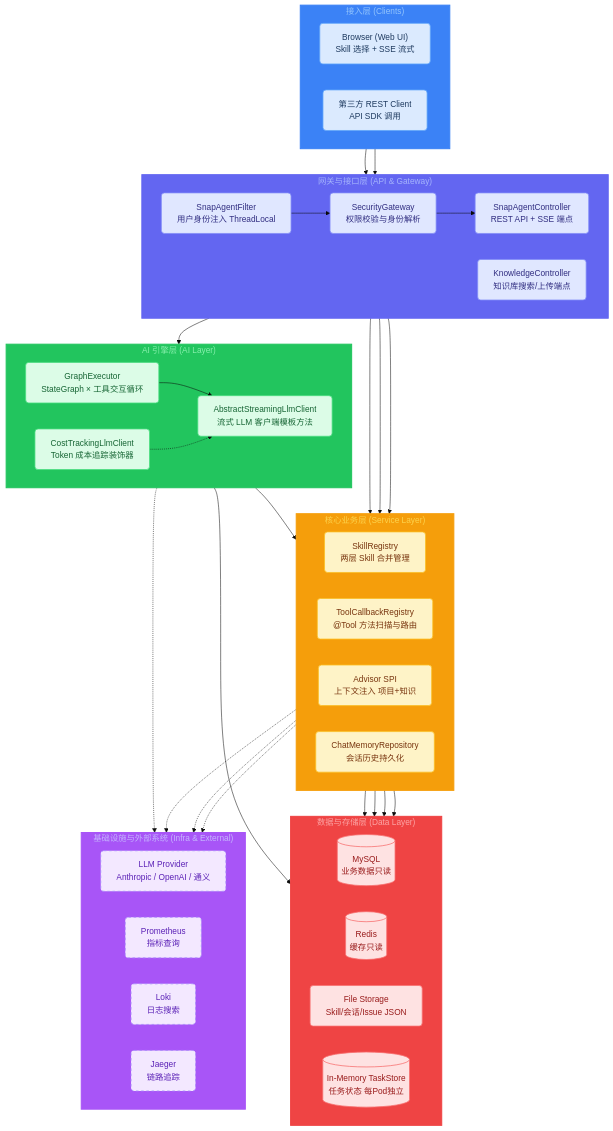
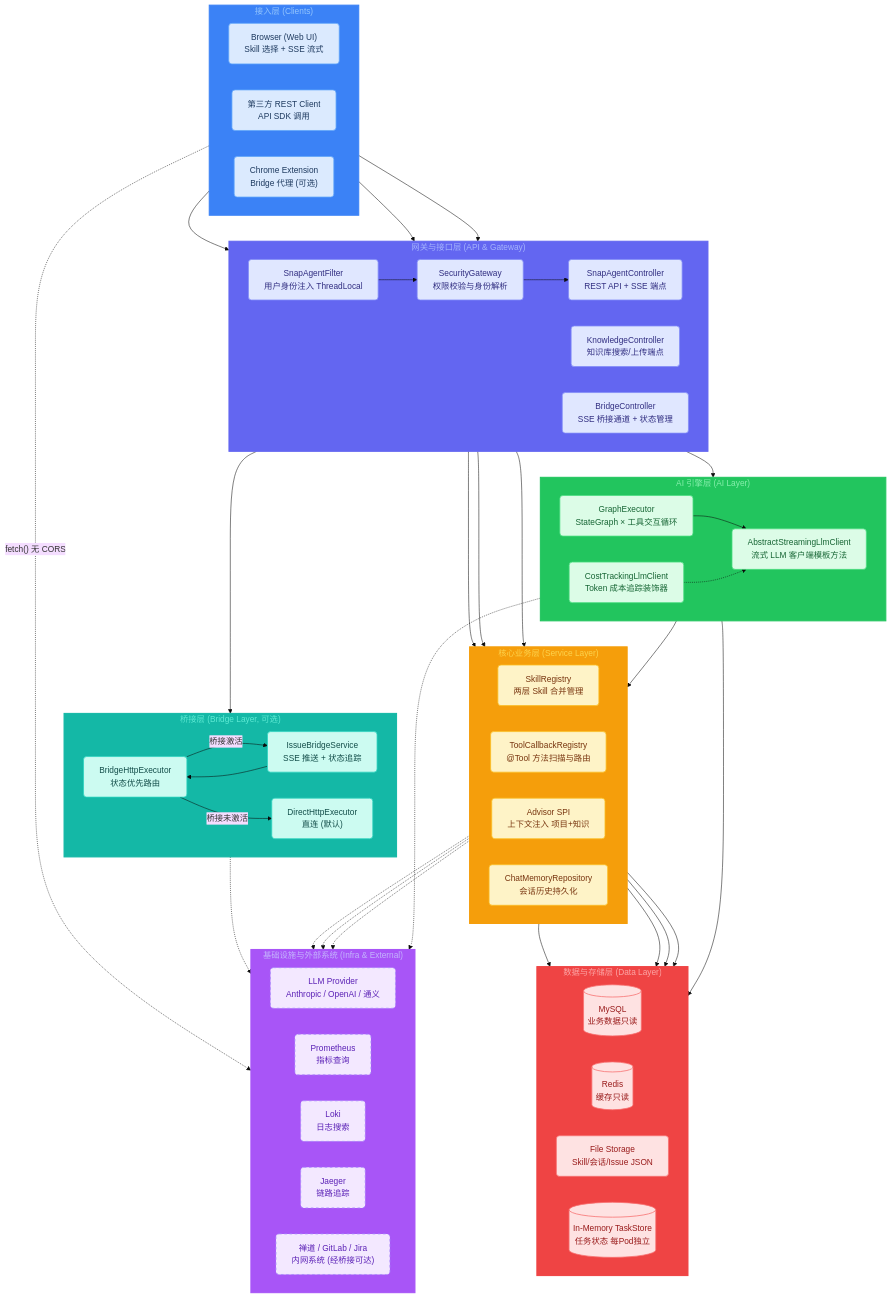
Before and after one commit to watson-song/snap-agent: the diagram in docs/site/architecture/system-architecture.mmd, drawn with Mermaid (base theme). The commit also changed 4 other files, not shown here.

First line of the commit message:
docs: 添加浏览器网络桥接模块文档、架构图及首页展示

```diff
--- a/docs/site/architecture/system-architecture.mmd
+++ b/docs/site/architecture/system-architecture.mmd
@@ -1,97 +1,118 @@
 graph TD
     %% ===== Glassmorphism Node Classes (Tailwind pastels, semi-transparent) =====
     classDef client fill:#dbeafe,stroke:#60a5fa,stroke-width:1.5px,color:#1e3a5f,rx:6px,ry:6px
     classDef api fill:#e0e7ff,stroke:#818cf8,stroke-width:1.5px,color:#312e81,rx:6px,ry:6px
     classDef service fill:#fef3c7,stroke:#fbbf24,stroke-width:1.5px,color:#78350f,rx:6px,ry:6px
     classDef ai fill:#dcfce7,stroke:#4ade80,stroke-width:1.5px,color:#166534,rx:6px,ry:6px
     classDef storage fill:#fee2e2,stroke:#f87171,stroke-width:1.5px,color:#991b1b,rx:6px,ry:6px
     classDef external fill:#f3e8ff,stroke:#a78bfa,stroke-width:1.5px,stroke-dasharray: 5 5,color:#5b21b6,rx:6px,ry:6px
+    classDef bridge fill:#ccfbf1,stroke:#2dd4bf,stroke-width:1.5px,color:#134e4a,rx:6px,ry:6px
 
     %% ===== L1 接入层 =====
     subgraph Client ["接入层 (Clients)"]
         direction LR
         A1["Browser (Web UI)<br/>Skill 选择 + SSE 流式"]
         A2["第三方 REST Client<br/>API SDK 调用"]
+        A3["Chrome Extension<br/>Bridge 代理 (可选)"]
     end
 
     %% ===== L2 网关与接口层 =====
     subgraph Gateway ["网关与接口层 (API & Gateway)"]
         direction LR
         B1["SnapAgentFilter<br/>用户身份注入 ThreadLocal"]
         B2["SecurityGateway<br/>权限校验与身份解析"]
         B3["SnapAgentController<br/>REST API + SSE 端点"]
         B4["KnowledgeController<br/>知识库搜索/上传端点"]
+        B5["BridgeController<br/>SSE 桥接通道 + 状态管理"]
+    end
+
+    %% ===== L2.5 桥接层 (可选) =====
+    subgraph BridgeLayer ["桥接层 (Bridge Layer, 可选)"]
+        direction LR
+        BR1["BridgeHttpExecutor<br/>状态优先路由"]
+        BR2["DirectHttpExecutor<br/>直连 (默认)"]
+        BR3["IssueBridgeService<br/>SSE 推送 + 状态追踪"]
     end
 
     %% ===== L3 核心业务层 =====
     subgraph Service ["核心业务层 (Service Layer)"]
         direction LR
         C1["SkillRegistry<br/>两层 Skill 合并管理"]
         C2["ToolCallbackRegistry<br/>@Tool 方法扫描与路由"]
         C3["Advisor SPI<br/>上下文注入 项目+知识"]
         C4["ChatMemoryRepository<br/>会话历史持久化"]
     end
 
     %% ===== L4 AI 引擎层 =====
     subgraph AI ["AI 引擎层 (AI Layer)"]
         direction LR
         D1["GraphExecutor<br/>StateGraph × 工具交互循环"]
         D2["AbstractStreamingLlmClient<br/>流式 LLM 客户端模板方法"]
         D3["CostTrackingLlmClient<br/>Token 成本追踪装饰器"]
     end
 
     %% ===== L5 数据与存储层 =====
     subgraph Data ["数据与存储层 (Data Layer)"]
         direction LR
         E1[("MySQL<br/>业务数据只读")]
         E2[("Redis<br/>缓存只读")]
         E3["File Storage<br/>Skill/会话/Issue JSON"]
         E4[("In-Memory TaskStore<br/>任务状态 每Pod独立")]
     end
 
     %% ===== L6 基础设施与外部系统 =====
     subgraph Infra ["基础设施与外部系统 (Infra & External)"]
         direction LR
         F1["LLM Provider<br/>Anthropic / OpenAI / 通义"]
         F2["Prometheus<br/>指标查询"]
         F3["Loki<br/>日志搜索"]
         F4["Jaeger<br/>链路追踪"]
+        F5["禅道 / GitLab / Jira<br/>内网系统 (经桥接可达)"]
     end
 
     %% ===== 连线规范：实线=同步调用，虚线=异步/跨层 =====
     A1 --> B3
     A2 --> B3
+    A1 --> B5
+    A3 -.->|"fetch() 无 CORS"| F5
     B1 --> B2
     B2 --> B3
     B3 --> D1
     B3 --> C1
     B3 --> C4
     B4 --> C3
+    B5 --> BR3
+    BR3 --> BR1
+    BR1 -->|"桥接激活"| BR3
+    BR1 -->|"桥接未激活"| BR2
     D1 --> C2
     D1 --> D2
     D3 -.-> D2
     D2 -.-> F1
     C2 --> E1
     C2 --> E2
     C1 --> E3
     C4 --> E3
     D1 --> E4
     C2 -.-> F2
     C2 -.-> F3
     C2 -.-> F4
+    BR2 -.-> F5
 
     %% ===== Glass Layer Styles (distinct transparent glass per layer) =====
     style Client fill:#3b82f6,stroke:#3b82f6,stroke-width:2px,color:#93c5fd
     style Gateway fill:#6366f1,stroke:#6366f1,stroke-width:2px,color:#a5b4fc
+    style BridgeLayer fill:#14b8a6,stroke:#14b8a6,stroke-width:2px,color:#5eead4
     style Service fill:#f59e0b,stroke:#f59e0b,stroke-width:2px,color:#fcd34d
     style AI fill:#22c55e,stroke:#22c55e,stroke-width:2px,color:#86efac
     style Data fill:#ef4444,stroke:#ef4444,stroke-width:2px,color:#fca5a5
     style Infra fill:#a855f7,stroke:#a855f7,stroke-width:2px,color:#c4b5fd
 
     %% ===== 应用颜色类 =====
-    class A1,A2 client
-    class B1,B2,B3,B4 api
+    class A1,A2,A3 client
+    class B1,B2,B3,B4,B5 api
+    class BR1,BR2,BR3 bridge
     class C1,C2,C3,C4 service
     class D1,D2,D3 ai
     class E1,E2,E3,E4 storage
-    class F1,F2,F3,F4 external
+    class F1,F2,F3,F4,F5 external
```
